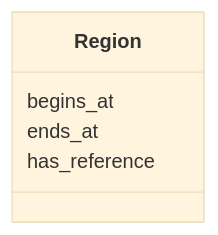
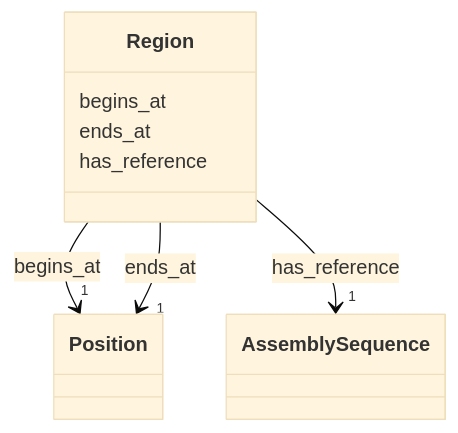
One commit to neurovasc/neugenfair changed the diagram in schemas/docs/Region.md. Above: the diagram before and after it, drawn with Mermaid (base theme). The commit also changed other lines of this file and 21 other files, not shown here.

````diff
--- a/schemas/docs/Region.md
+++ b/schemas/docs/Region.md
@@ -18,12 +18,39 @@
 ```mermaid
  classDiagram
     class Region
     click Region href "../Region/"
       Region : begins_at
         
+          
+    
+        
+        
+        Region --> "1" Position : begins_at
+        click Position href "../Position/"
+    
+
+        
       Region : ends_at
+        
+          
+    
+        
+        
+        Region --> "1" Position : ends_at
+        click Position href "../Position/"
+    
+
         
       Region : has_reference
         
+          
+    
+        
+        
+        Region --> "1" AssemblySequence : has_reference
+        click AssemblySequence href "../AssemblySequence/"
+    
+
+        
       
 ```
````
